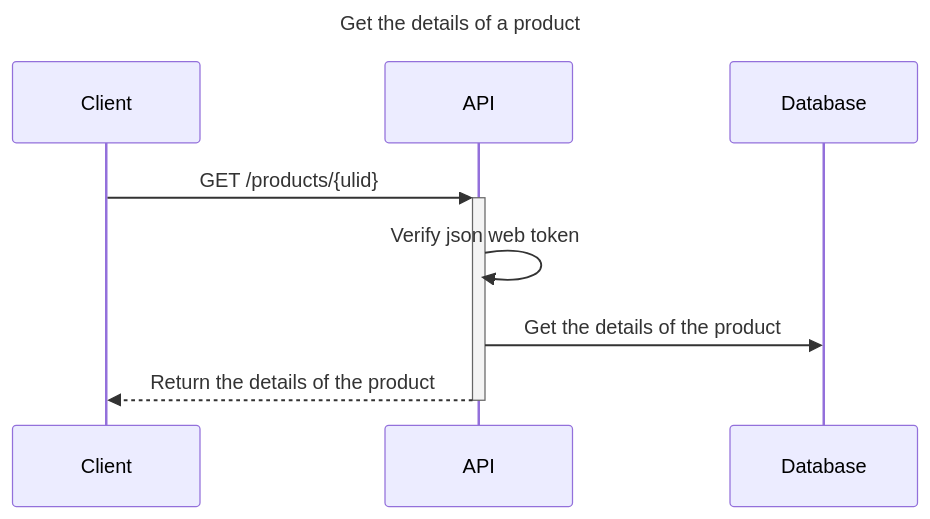
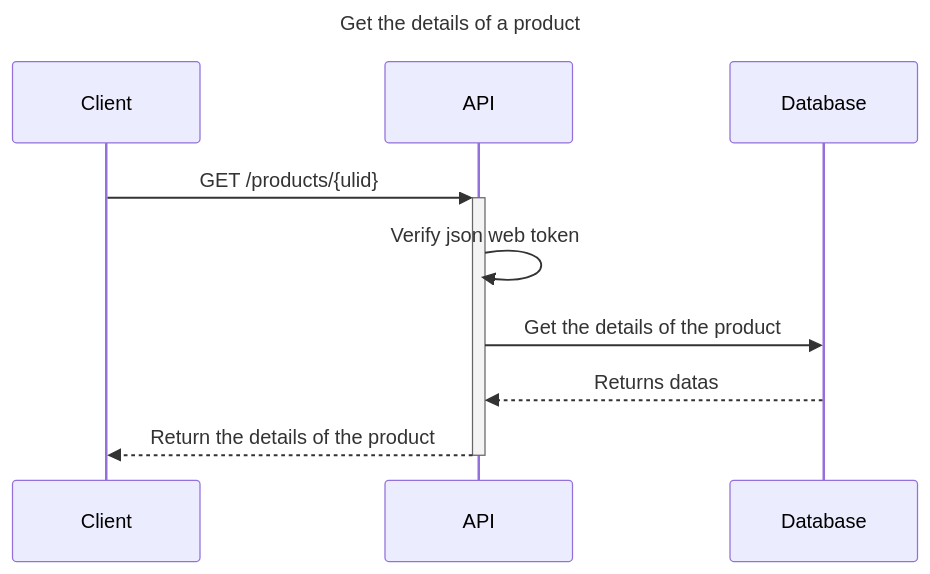
One commit to acecconato/AnthonyCecconato_7_12052023 changed the diagram in docs/sequence/get_product.md. Above: the diagram before and after it, drawn with Mermaid. The commit also changed 3 other files, not shown here.

````diff
--- a/docs/sequence/get_product.md
+++ b/docs/sequence/get_product.md
@@ -1,12 +1,13 @@
 ```mermaid
 sequenceDiagram
 title Get the details of a product
 
 Client->>+API: GET /products/{ulid}
 
 API->>API: Verify json web token
 
 API->>Database: Get the details of the product
+Database-->>API: Returns datas
 
 API-->>-Client: Return the details of the product
 ```
````
